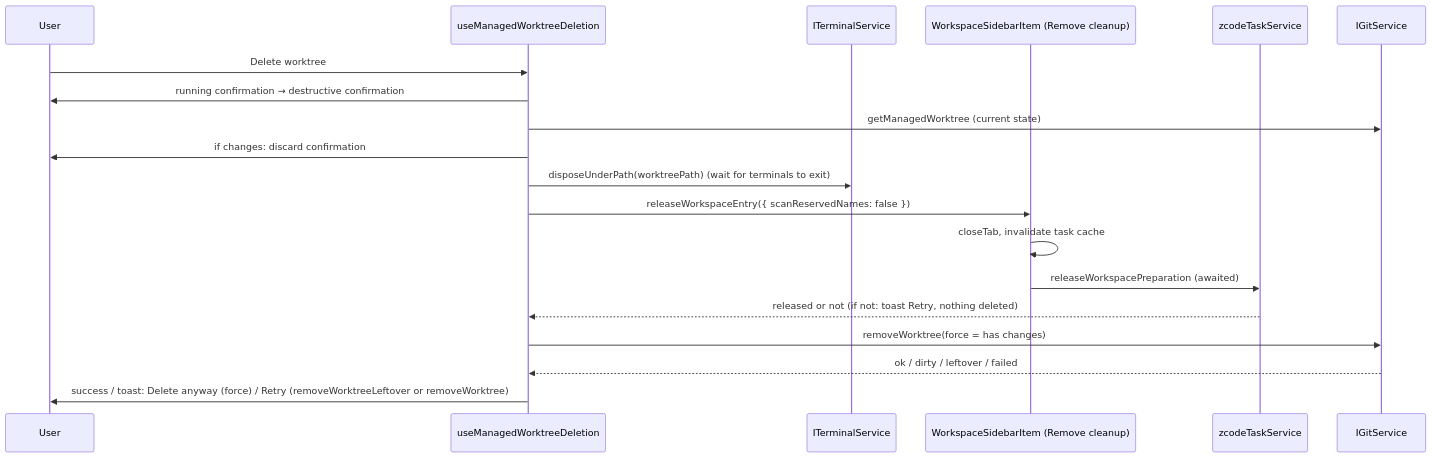
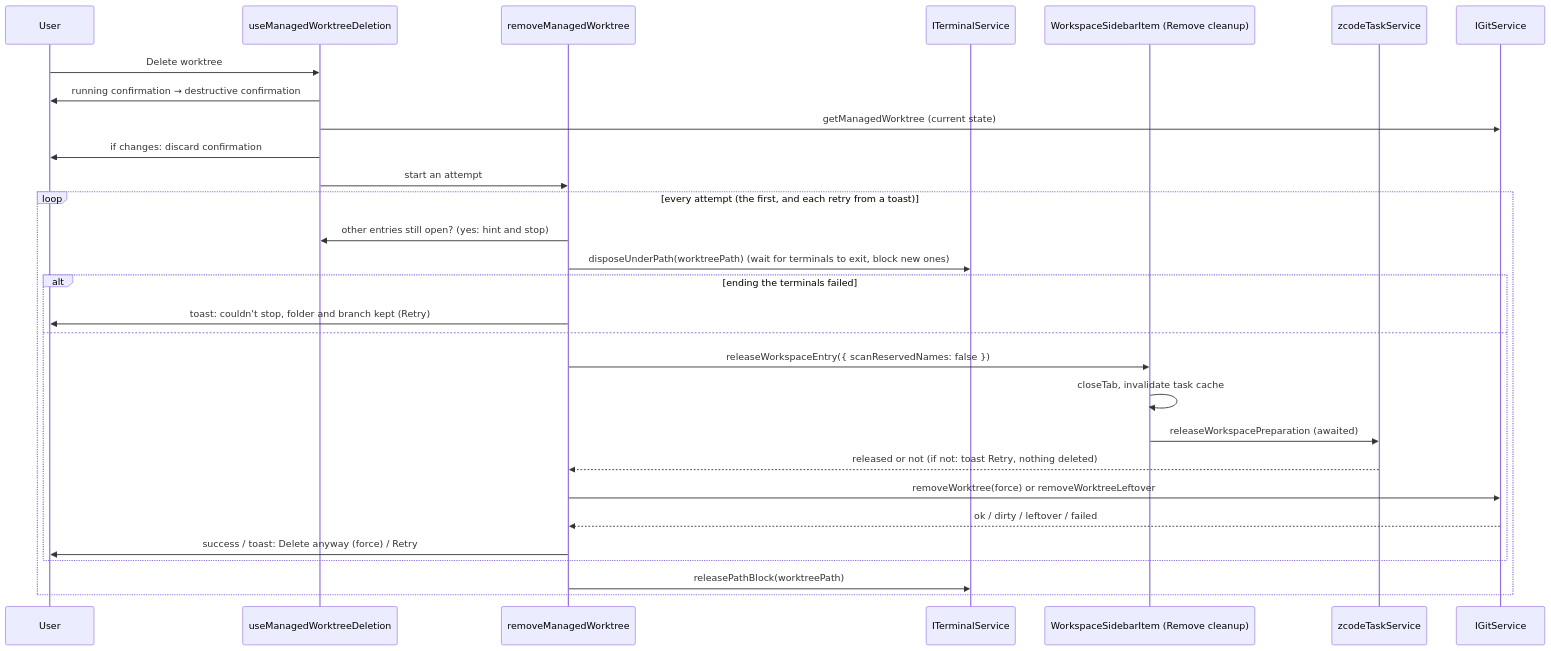
Before and after one commit to jptorres26/ZCode: the first of 2 diagrams in docs/specs/git-worktree-task.en.md, drawn with Mermaid. The commit also changed other lines of this file and 7 other files, not shown here.

First line of the commit message:
fix(ui): run every worktree delete retry through the whole attempt

````diff
--- a/docs/specs/git-worktree-task.en.md
+++ b/docs/specs/git-worktree-task.en.md
@@ -140,21 +154,31 @@
 ```mermaid
 sequenceDiagram
   participant U as User
   participant H as useManagedWorktreeDeletion
+  participant W as removeManagedWorktree
   participant T as ITerminalService
   participant S as WorkspaceSidebarItem (Remove cleanup)
   participant R as zcodeTaskService
   participant G as IGitService
   U->>H: Delete worktree
   H->>U: running confirmation → destructive confirmation
   H->>G: getManagedWorktree (current state)
   H->>U: if changes: discard confirmation
-  H->>T: disposeUnderPath(worktreePath) (wait for terminals to exit)
-  H->>S: releaseWorkspaceEntry({ scanReservedNames: false })
-  S->>S: closeTab, invalidate task cache
-  S->>R: releaseWorkspacePreparation (awaited)
-  R-->>H: released or not (if not: toast Retry, nothing deleted)
-  H->>G: removeWorktree(force = has changes)
-  G-->>H: ok / dirty / leftover / failed
-  H->>U: success / toast: Delete anyway (force) / Retry (removeWorktreeLeftover or removeWorktree)
+  H->>W: start an attempt
+  loop every attempt (the first, and each retry from a toast)
+    W->>H: other entries still open? (yes: hint and stop)
+    W->>T: disposeUnderPath(worktreePath) (wait for terminals to exit, block new ones)
+    alt ending the terminals failed
+      W->>U: toast: couldn't stop, folder and branch kept (Retry)
+    else
+      W->>S: releaseWorkspaceEntry({ scanReservedNames: false })
+      S->>S: closeTab, invalidate task cache
+      S->>R: releaseWorkspacePreparation (awaited)
+      R-->>W: released or not (if not: toast Retry, nothing deleted)
+      W->>G: removeWorktree(force) or removeWorktreeLeftover
+      G-->>W: ok / dirty / leftover / failed
+      W->>U: success / toast: Delete anyway (force) / Retry
+    end
+    W->>T: releasePathBlock(worktreePath)
+  end
 ```
````
